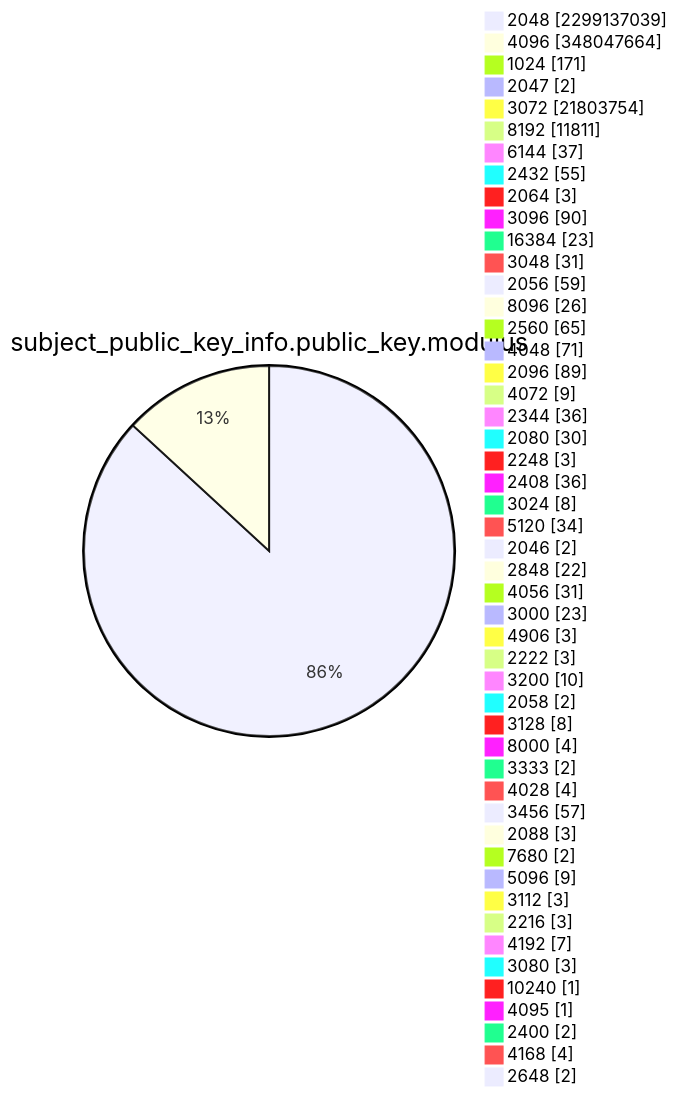
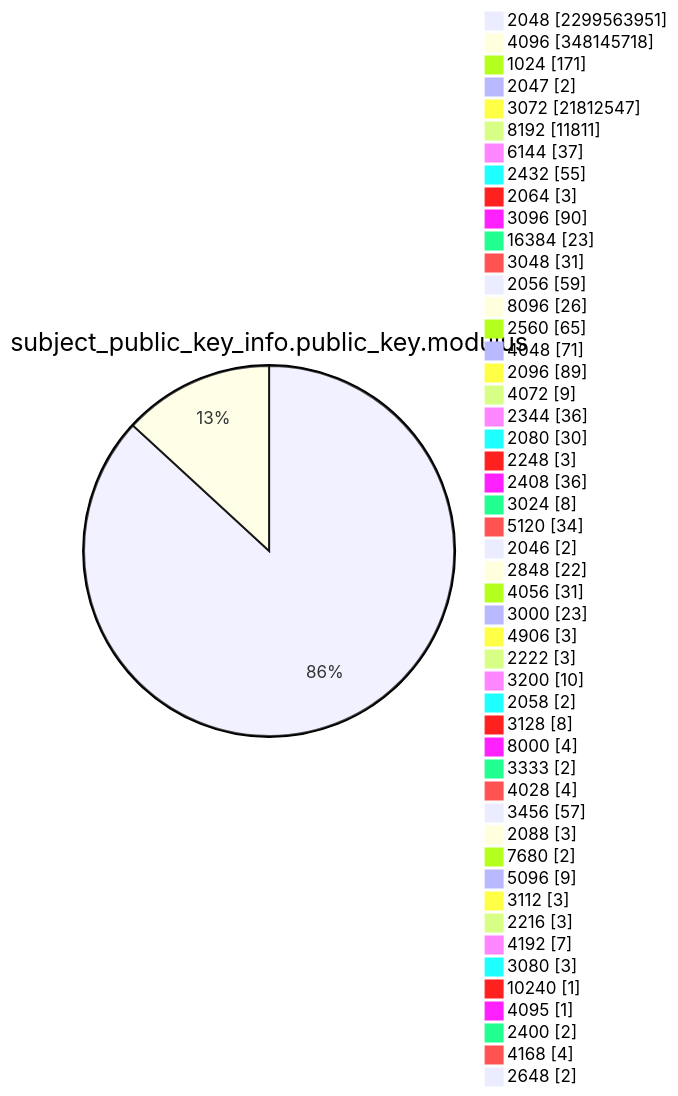
One commit to christiankrug/ctmonitor_visualization changed diagram 13 of 15 in TOTAL/README.md. Above: the diagram before and after it, drawn with Mermaid. The commit also changed other lines of this file, not shown here.

````diff
--- a/TOTAL/README.md
+++ b/TOTAL/README.md
@@ -4167,53 +4167,53 @@
 ```mermaid
 pie showData
 title subject_public_key_info.public_key.modulus
-"2048" :2299137039
-"4096" :348047664
+"2048" :2299563951
+"4096" :348145718
 "1024" :171
 "2047" :2
-"3072" :21803754
+"3072" :21812547
 "8192" :11811
 "6144" :37
 "2432" :55
 "2064" :3
 "3096" :90
 "16384" :23
 "3048" :31
 "2056" :59
 "8096" :26
 "2560" :65
 "4048" :71
 "2096" :89
 "4072" :9
 "2344" :36
 "2080" :30
 "2248" :3
 "2408" :36
 "3024" :8
 "5120" :34
 "2046" :2
 "2848" :22
 "4056" :31
 "3000" :23
 "4906" :3
 "2222" :3
 "3200" :10
 "2058" :2
 "3128" :8
 "8000" :4
 "3333" :2
 "4028" :4
 "3456" :57
 "2088" :3
 "7680" :2
 "5096" :9
 "3112" :3
 "2216" :3
 "4192" :7
 "3080" :3
 "10240" :1
 "4095" :1
 "2400" :2
 "4168" :4
 "2648" :2
 ```
````
